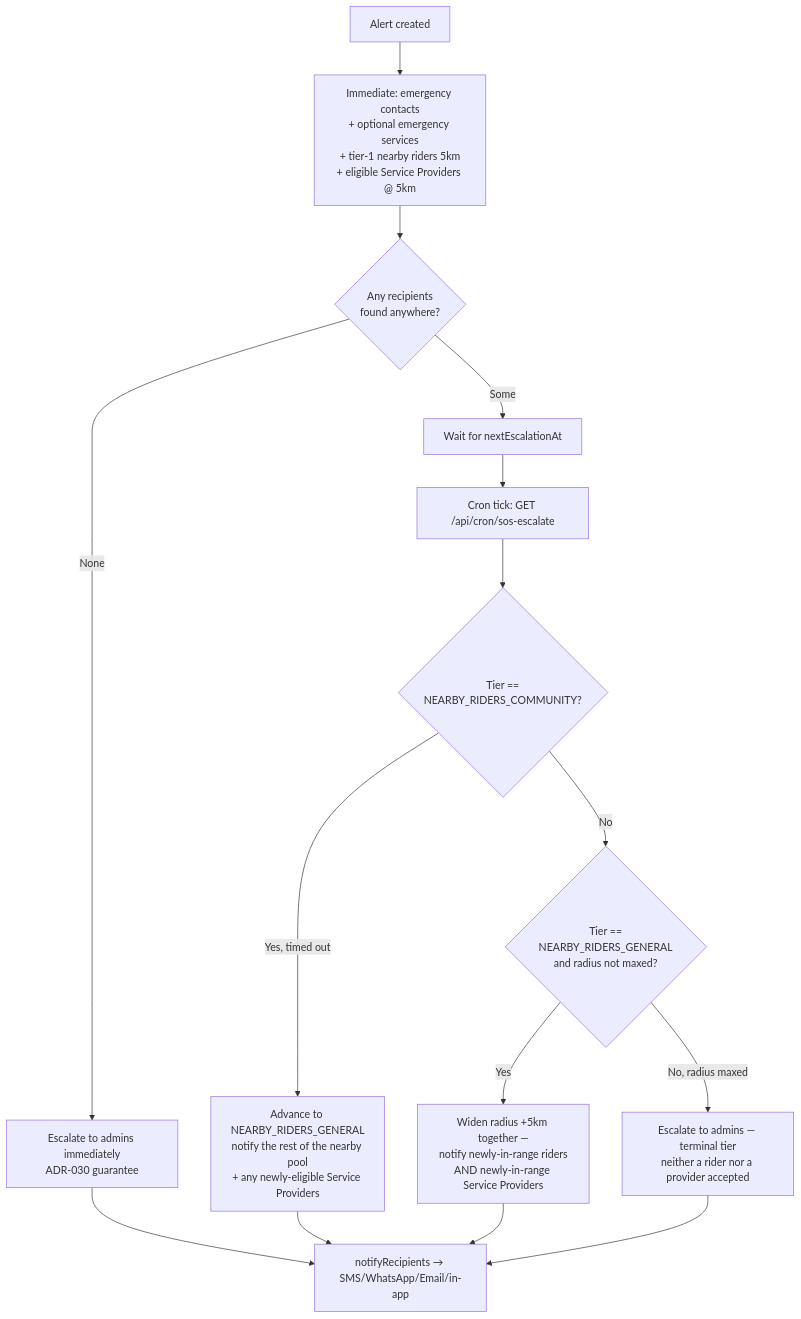
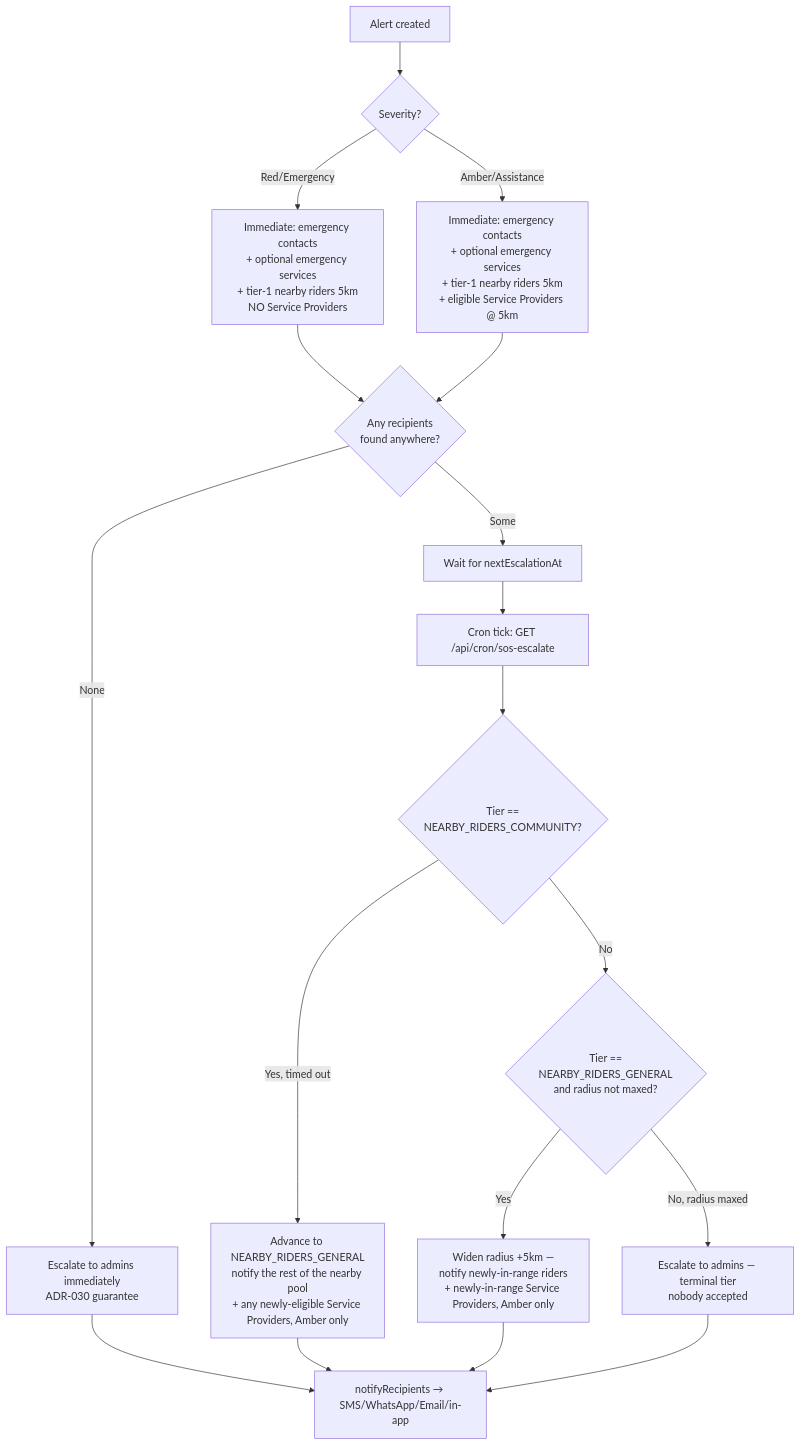
The third of 5 diagrams in .docs/SOS.md (RiteshKumarNitk/bikie), drawn with Mermaid before and after one commit. The commit also changed other lines of this file and 9 other files, not shown here.

````diff
--- a/.docs/SOS.md
+++ b/.docs/SOS.md
@@ -104,19 +121,22 @@
 ```mermaid
 flowchart TB
-  Create[Alert created] --> Immediate[Immediate: emergency contacts<br/>+ optional emergency services<br/>+ tier-1 nearby riders 5km<br/>+ eligible Service Providers @ 5km]
-  Immediate --> Zero{Any recipients<br/>found anywhere?}
+  Create[Alert created] --> Sev{Severity?}
+  Sev -->|Red/Emergency| ImmediateRed[Immediate: emergency contacts<br/>+ optional emergency services<br/>+ tier-1 nearby riders 5km<br/>NO Service Providers]
+  Sev -->|Amber/Assistance| ImmediateAmber[Immediate: emergency contacts<br/>+ optional emergency services<br/>+ tier-1 nearby riders 5km<br/>+ eligible Service Providers @ 5km]
+  ImmediateRed --> Zero{Any recipients<br/>found anywhere?}
+  ImmediateAmber --> Zero
   Zero -->|None| EscAdmin1[Escalate to admins immediately<br/>ADR-030 guarantee]
   Zero -->|Some| Wait[Wait for nextEscalationAt]
 
   Wait --> Tick[Cron tick: GET /api/cron/sos-escalate]
   Tick --> Community{Tier ==<br/>NEARBY_RIDERS_COMMUNITY?}
-  Community -->|Yes, timed out| General[Advance to NEARBY_RIDERS_GENERAL<br/>notify the rest of the nearby pool<br/>+ any newly-eligible Service Providers]
+  Community -->|Yes, timed out| General[Advance to NEARBY_RIDERS_GENERAL<br/>notify the rest of the nearby pool<br/>+ any newly-eligible Service Providers, Amber only]
   Community -->|No| RiderTier{Tier ==<br/>NEARBY_RIDERS_GENERAL<br/>and radius not maxed?}
-  RiderTier -->|Yes| Widen[Widen radius +5km together —<br/>notify newly-in-range riders<br/>AND newly-in-range Service Providers]
-  RiderTier -->|No, radius maxed| EscAdmin2[Escalate to admins — terminal tier<br/>neither a rider nor a provider accepted]
+  RiderTier -->|Yes| Widen[Widen radius +5km —<br/>notify newly-in-range riders<br/>+ newly-in-range Service Providers, Amber only]
+  RiderTier -->|No, radius maxed| EscAdmin2[Escalate to admins — terminal tier<br/>nobody accepted]
 
   General --> Notify[notifyRecipients → SMS/WhatsApp/Email/in-app]
   Widen --> Notify
   EscAdmin1 --> Notify
   EscAdmin2 --> Notify
 ```
````
